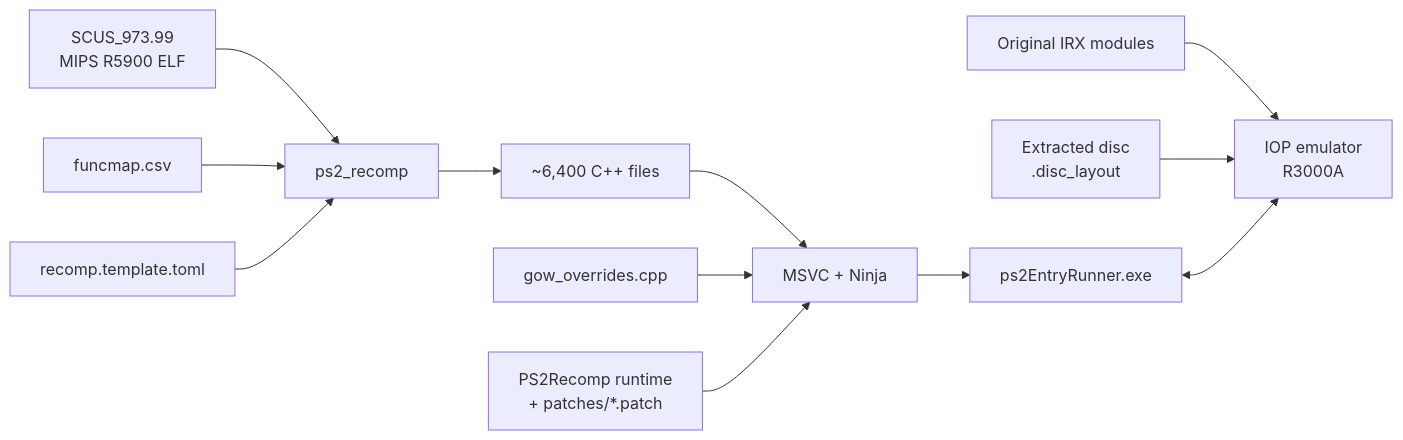
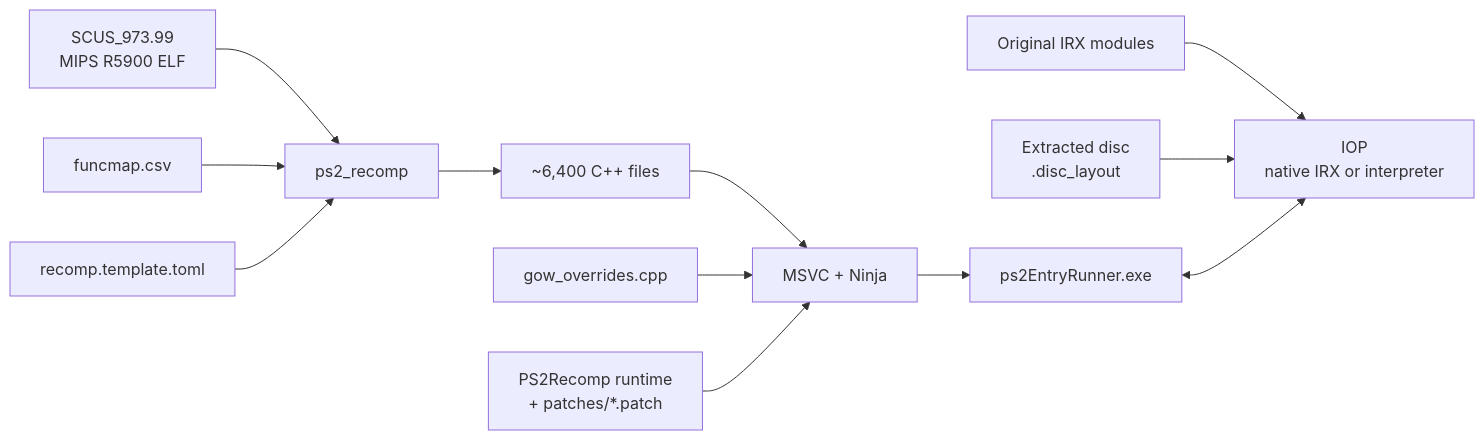
Before and after one commit to KIexster/god-of-war-recomp: the diagram in README.md, drawn with Mermaid. The commit also changed other lines of this file and 11 other files, not shown here.

````diff
--- a/README.md
+++ b/README.md
@@ -197,14 +201,14 @@
 ```mermaid
 flowchart LR
     A[SCUS_973.99<br/>MIPS R5900 ELF] --> B[ps2_recomp]
     M[funcmap.csv] --> B
     C[recomp.template.toml] --> B
     B --> D[~6,400 C++ files]
     D --> E[MSVC + Ninja]
     O[gow_overrides.cpp] --> E
     P["PS2Recomp runtime<br/>+ patches/*.patch"] --> E
     E --> F[ps2EntryRunner.exe]
-    I[Original IRX modules] --> G[IOP emulator<br/>R3000A]
+    I[Original IRX modules] --> G[IOP<br/>native IRX or interpreter]
     ISO["Extracted disc<br/>.disc_layout"] --> G
     F <--> G
 ```
````
